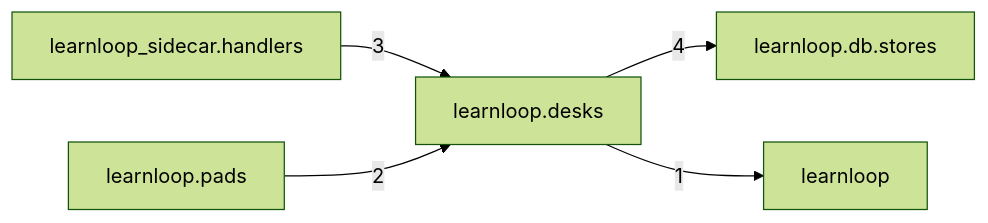
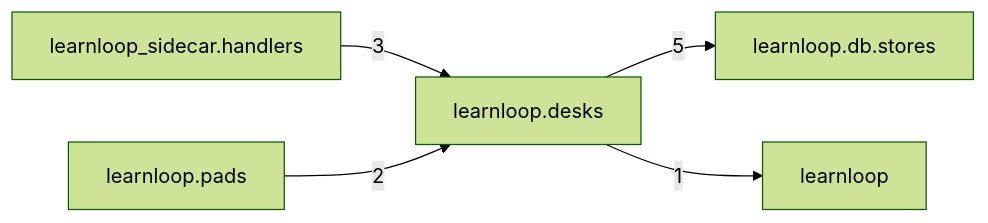
One commit to 6up-b/learnanything changed the diagram in docs/learnloop-architecture-vault/Reference/Modules/learnloop/desks/_package.md. Above: the diagram before and after it, drawn with Mermaid (forest theme). The commit also changed other lines of this file and 43 other files, not shown here.

````diff
--- a/docs/learnloop-architecture-vault/Reference/Modules/learnloop/desks/_package.md
+++ b/docs/learnloop-architecture-vault/Reference/Modules/learnloop/desks/_package.md
@@ -69,12 +69,12 @@
 ```mermaid
 flowchart LR
     center["learnloop.desks"]
     n_learnloop_db_stores["learnloop.db.stores"]
     n_learnloop_sidecar_handlers["learnloop_sidecar.handlers"]
     n_learnloop_pads["learnloop.pads"]
     n_learnloop["learnloop"]
-    center -->|4| n_learnloop_db_stores
+    center -->|5| n_learnloop_db_stores
     n_learnloop_sidecar_handlers -->|3| center
     n_learnloop_pads -->|2| center
     center -->|1| n_learnloop
 ```
````
